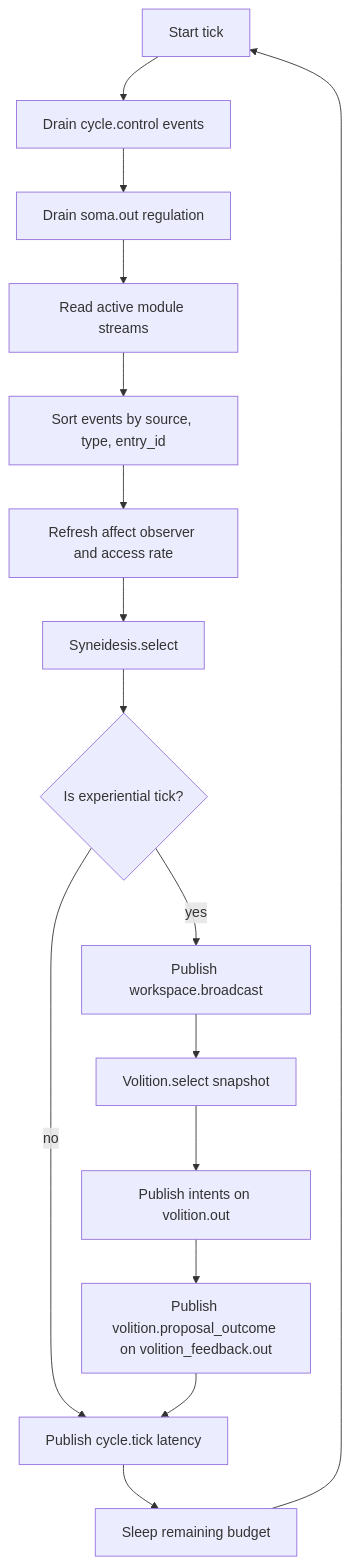
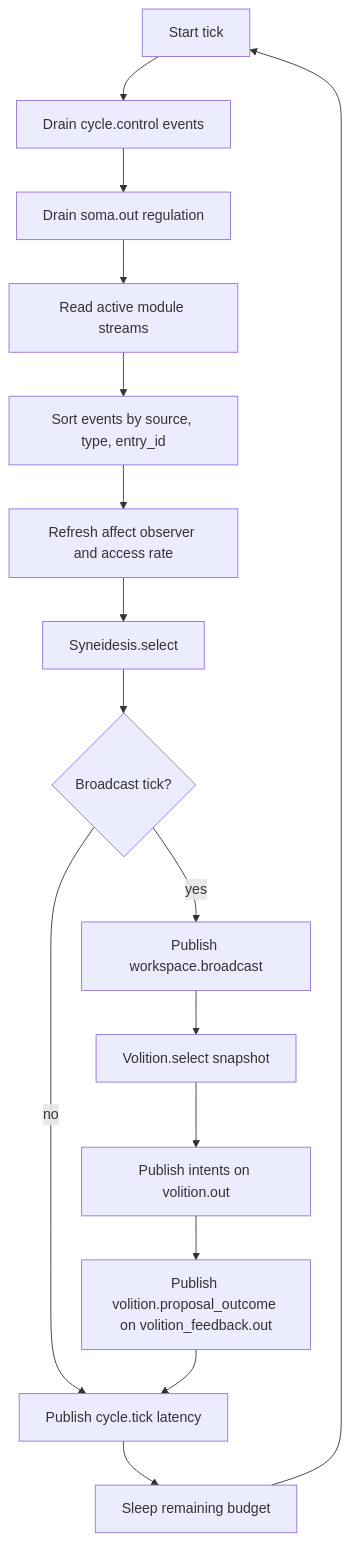
Before and after one commit to kaineone/kaine: the first of 2 diagrams in docs/08-cognitive-cycle/README.md, drawn with Mermaid. The commit also changed other lines of this file and 72 other files, not shown here.

````diff
--- a/docs/08-cognitive-cycle/README.md
+++ b/docs/08-cognitive-cycle/README.md
@@ -81,18 +83,18 @@
 ```mermaid
 flowchart TD
     A[Start tick] --> B[Drain cycle.control events]
     B --> C[Drain soma.out regulation]
     C --> D[Read active module streams]
     D --> E[Sort events by source, type, entry_id]
     E --> F[Refresh affect observer and access rate]
     F --> G[Syneidesis.select]
-    G --> H{Is experiential tick?}
+    G --> H{Broadcast tick?}
     H -- no --> O[Publish cycle.tick latency]
     H -- yes --> I[Publish workspace.broadcast]
     I --> J[Volition.select snapshot]
     J --> K[Publish intents on volition.out]
     K --> L[Publish volition.proposal_outcome on volition_feedback.out]
     L --> O
     O --> P[Sleep remaining budget]
     P --> A
 ```
````
